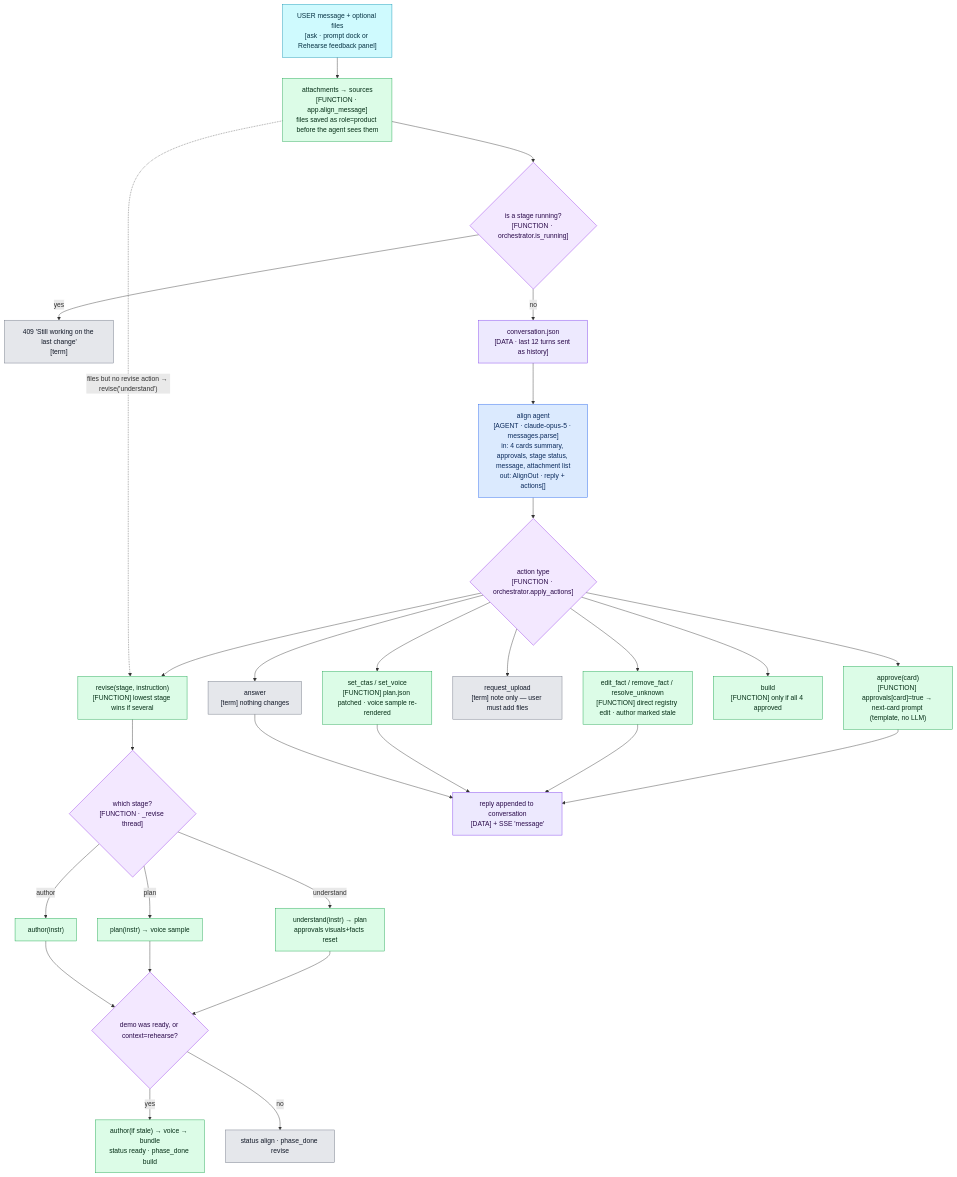
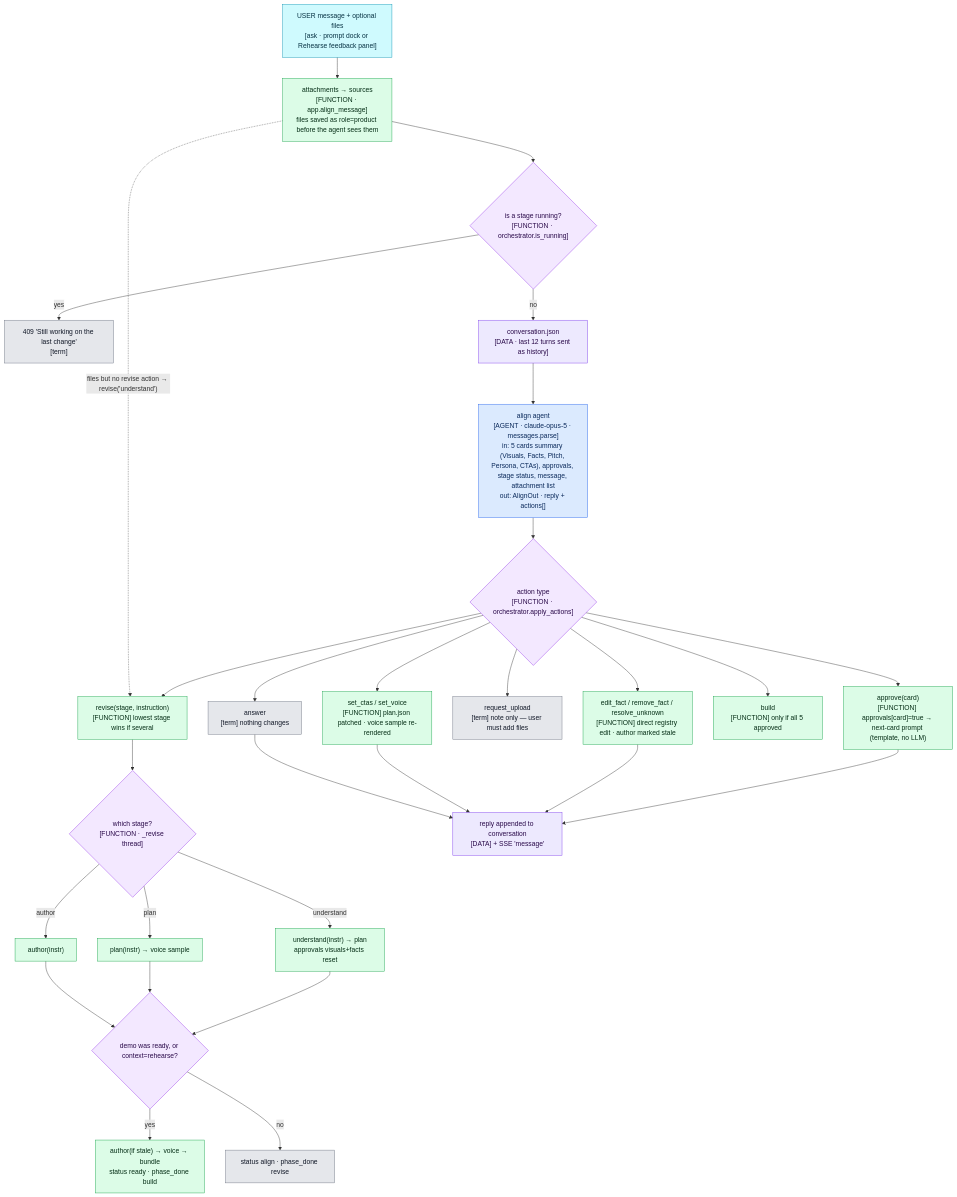
Before and after one commit to APareek89/demo-studio: the diagram in docs/mermaid/03-align.mmd, drawn with Mermaid. The commit also changed 32 other files, not shown here.

```diff
--- a/docs/mermaid/03-align.mmd
+++ b/docs/mermaid/03-align.mmd
@@ -1,52 +1,52 @@
 %% 03 · Align loop — one prompt dock, one agent, structured actions
 flowchart TD
   MSG["USER message + optional files<br/>[ask · prompt dock or Rehearse feedback panel]"]:::ask
   ATT["attachments → sources<br/>[FUNCTION · app.align_message]<br/>files saved as role=product before the agent sees them"]:::fn
   BUSY{"is a stage running?<br/>[FUNCTION · orchestrator.is_running]"}:::dec
   WAIT["409 'Still working on the last change'<br/>[term]"]:::term
   HIST["conversation.json<br/>[DATA · last 12 turns sent as history]"]:::data
-  AGENT["align agent<br/>[AGENT · claude-opus-5 · messages.parse]<br/>in: 4 cards summary, approvals, stage status, message, attachment list<br/>out: AlignOut · reply + actions[]"]:::agent
+  AGENT["align agent<br/>[AGENT · claude-opus-5 · messages.parse]<br/>in: 5 cards summary (Visuals, Facts, Pitch, Persona, CTAs), approvals, stage status, message, attachment list<br/>out: AlignOut · reply + actions[]"]:::agent
   APPLY{"action type<br/>[FUNCTION · orchestrator.apply_actions]"}:::dec
   A1["approve(card)<br/>[FUNCTION] approvals[card]=true → next-card prompt (template, no LLM)"]:::fn
   A2["edit_fact / remove_fact / resolve_unknown<br/>[FUNCTION] direct registry edit · author marked stale"]:::fn
   A3["set_ctas / set_voice<br/>[FUNCTION] plan.json patched · voice sample re-rendered"]:::fn
   A4["request_upload<br/>[term] note only — user must add files"]:::term
   A5["revise(stage, instruction)<br/>[FUNCTION] lowest stage wins if several"]:::fn
-  A6["build<br/>[FUNCTION] only if all 4 approved"]:::fn
+  A6["build<br/>[FUNCTION] only if all 5 approved"]:::fn
   A7["answer<br/>[term] nothing changes"]:::term
   REV{"which stage?<br/>[FUNCTION · _revise thread]"}:::dec
   R1["understand(instr) → plan<br/>approvals visuals+facts reset"]:::fn
   R2["plan(instr) → voice sample"]:::fn
   R3["author(instr)"]:::fn
   RB{"demo was ready, or context=rehearse?"}:::dec
   RBUILD["author(if stale) → voice → bundle<br/>status ready · phase_done build"]:::fn
   RALIGN["status align · phase_done revise"]:::term
   REPLY["reply appended to conversation<br/>[DATA] + SSE 'message'"]:::data
 
   MSG --> ATT --> BUSY
   BUSY -- "yes" --> WAIT
   BUSY -- "no" --> HIST --> AGENT --> APPLY
   APPLY --> A1
   APPLY --> A2
   APPLY --> A3
   APPLY --> A4
   APPLY --> A5 --> REV
   APPLY --> A6
   APPLY --> A7
   REV -- "understand" --> R1 --> RB
   REV -- "plan" --> R2 --> RB
   REV -- "author" --> R3 --> RB
   RB -- "yes" --> RBUILD
   RB -- "no" --> RALIGN
   A1 --> REPLY
   A2 --> REPLY
   A3 --> REPLY
   A7 --> REPLY
   ATT -.->|"files but no revise action → revise('understand')"| A5
 
   classDef agent fill:#dbeafe,stroke:#2563eb,color:#0b2a5b;
   classDef fn fill:#dcfce7,stroke:#16a34a,color:#052e16;
   classDef dec fill:#f3e8ff,stroke:#9333ea,color:#2a0a4a;
   classDef term fill:#e5e7eb,stroke:#6b7280,color:#111827;
   classDef ask fill:#cffafe,stroke:#0891b2,color:#083344;
   classDef data fill:#ede9fe,stroke:#7c3aed,color:#2a0a4a;
```
